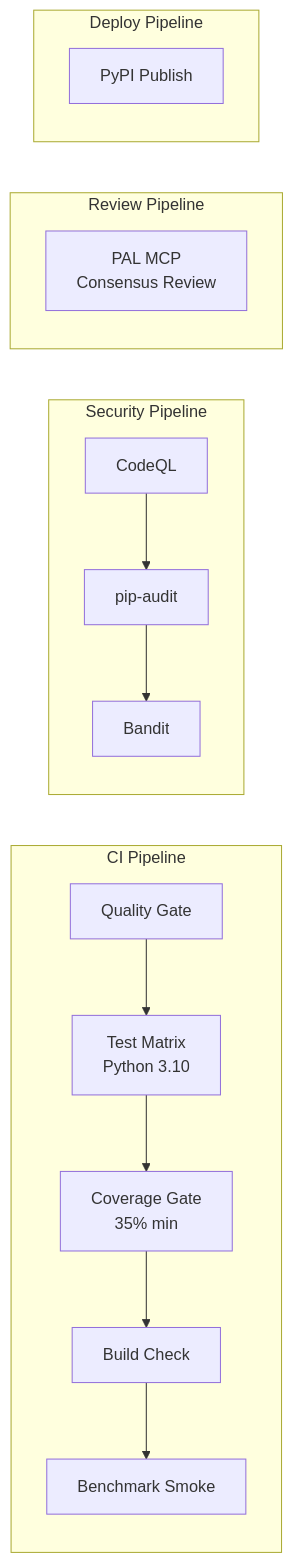
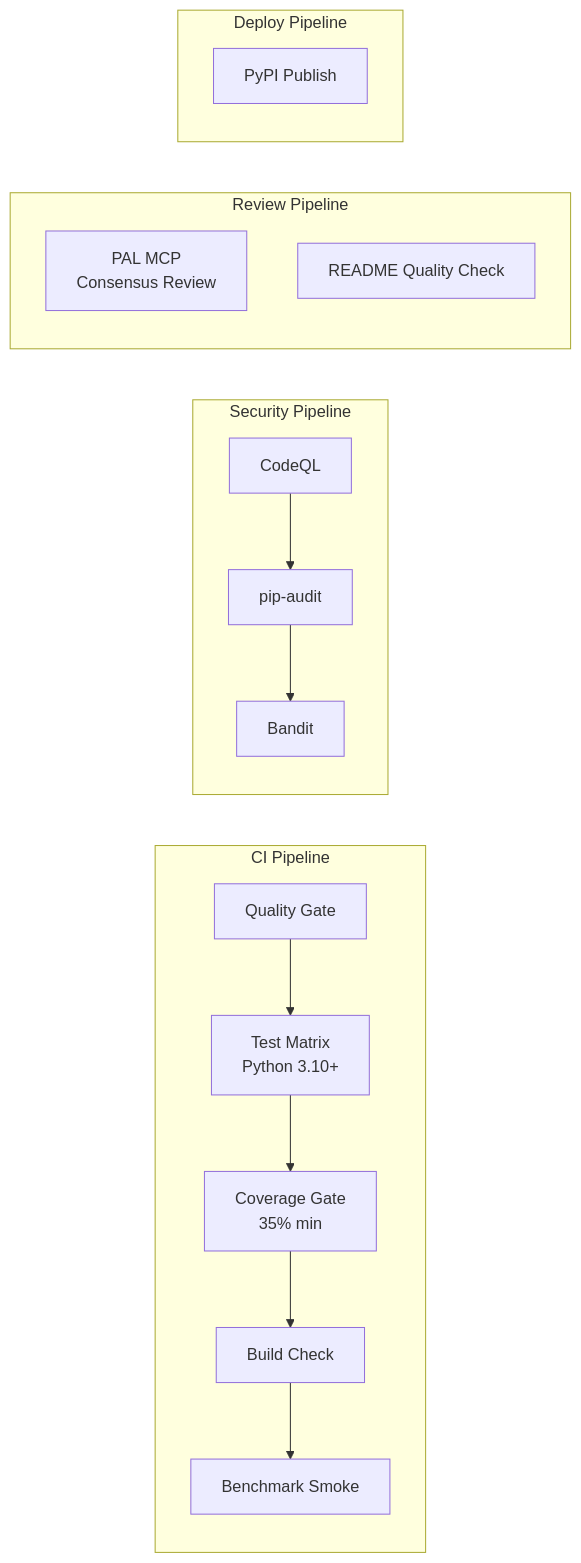
One commit to Tony363/SuperClaude changed diagram 15 of 15 in README.md. Above: the diagram before and after it, drawn with Mermaid. The commit also changed other lines of this file, not shown here.

````diff
--- a/README.md
+++ b/README.md
@@ -1152,22 +1118,23 @@
 ```mermaid
 flowchart LR
     subgraph "CI Pipeline"
-        Q[Quality Gate] --> T[Test Matrix<br/>Python 3.10]
+        Q[Quality Gate] --> T[Test Matrix<br/>Python 3.10+]
         T --> C[Coverage Gate<br/>35% min]
         C --> B[Build Check]
         B --> BM[Benchmark Smoke]
     end
 
     subgraph "Security Pipeline"
         CQ[CodeQL] --> PA[pip-audit]
         PA --> BA[Bandit]
     end
 
     subgraph "Review Pipeline"
         AI[PAL MCP<br/>Consensus Review]
+        RQ[README Quality Check]
     end
 
     subgraph "Deploy Pipeline"
         PY[PyPI Publish]
     end
 ```
````
